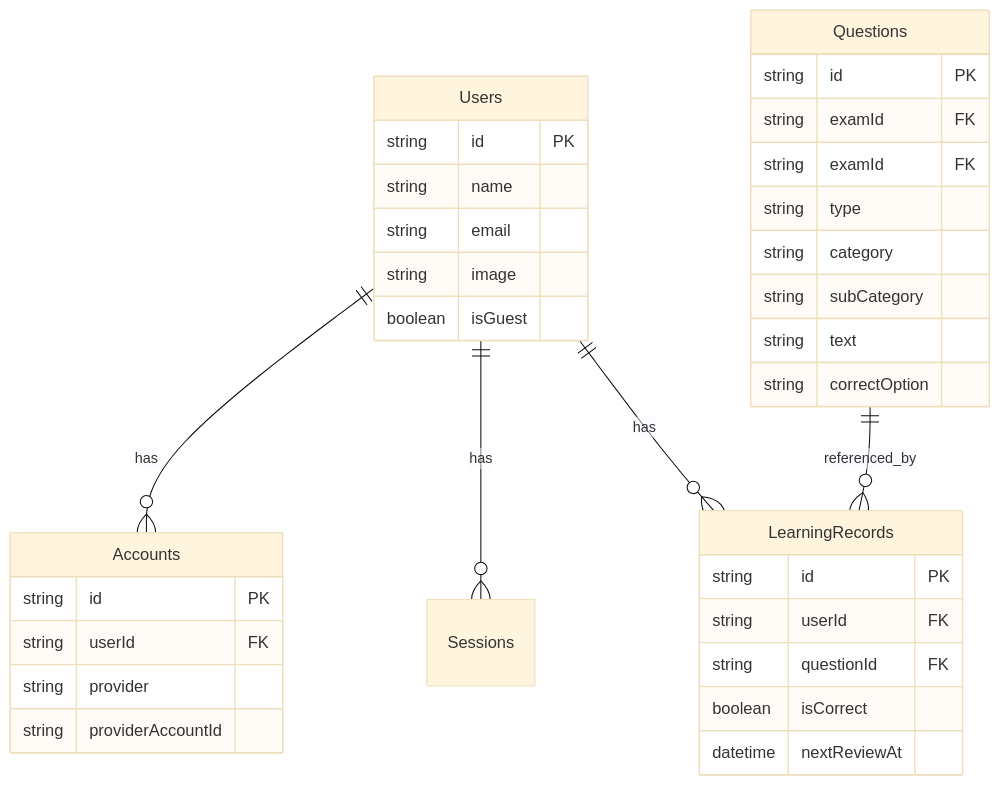
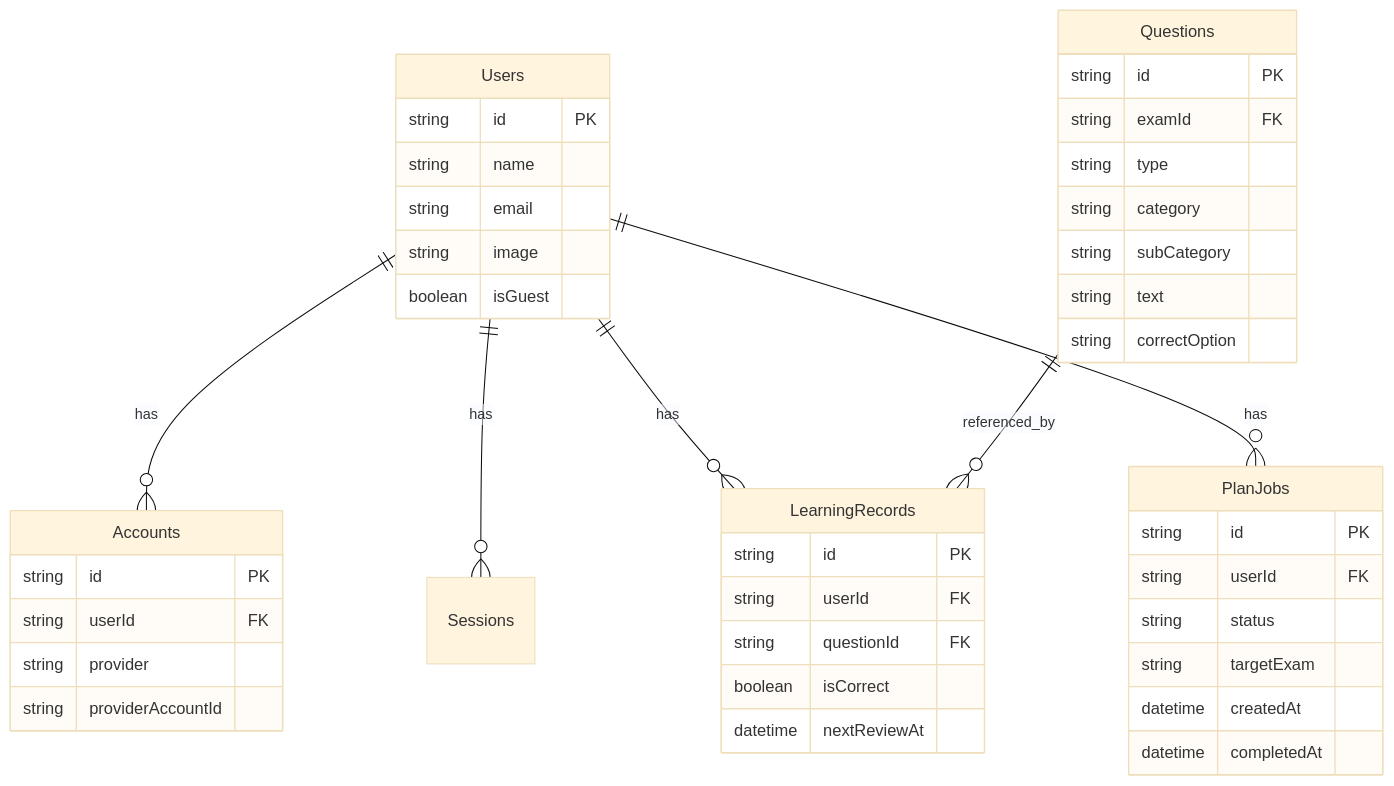
One commit to keisato848/IpaLab changed the diagram in docs/02_design/03_DatabaseDesign.md. Above: the diagram before and after it, drawn with Mermaid (base theme). The commit also changed other lines of this file and 15 other files, not shown here.

````diff
--- a/docs/02_design/03_DatabaseDesign.md
+++ b/docs/02_design/03_DatabaseDesign.md
@@ -101,41 +147,50 @@
 ```mermaid
 erDiagram
     Users ||--o{ Accounts : has
     Users ||--o{ Sessions : has
     Users ||--o{ LearningRecords : has
+    Users ||--o{ PlanJobs : has
     Questions ||--o{ LearningRecords : referenced_by
 
     Users {
         string id PK
         string name
         string email
         string image
         boolean isGuest
     }
     
     Accounts {
         string id PK
         string userId FK
         string provider
         string providerAccountId
     }
 
     Questions {
         string id PK
         string examId FK
-        string examId FK
         string type
         string category
         string subCategory
         string text
         string correctOption
     }
 
     LearningRecords {
         string id PK
         string userId FK
         string questionId FK
         boolean isCorrect
         datetime nextReviewAt
     }
+
+    PlanJobs {
+        string id PK
+        string userId FK
+        string status
+        string targetExam
+        datetime createdAt
+        datetime completedAt
+    }
 ```
````
